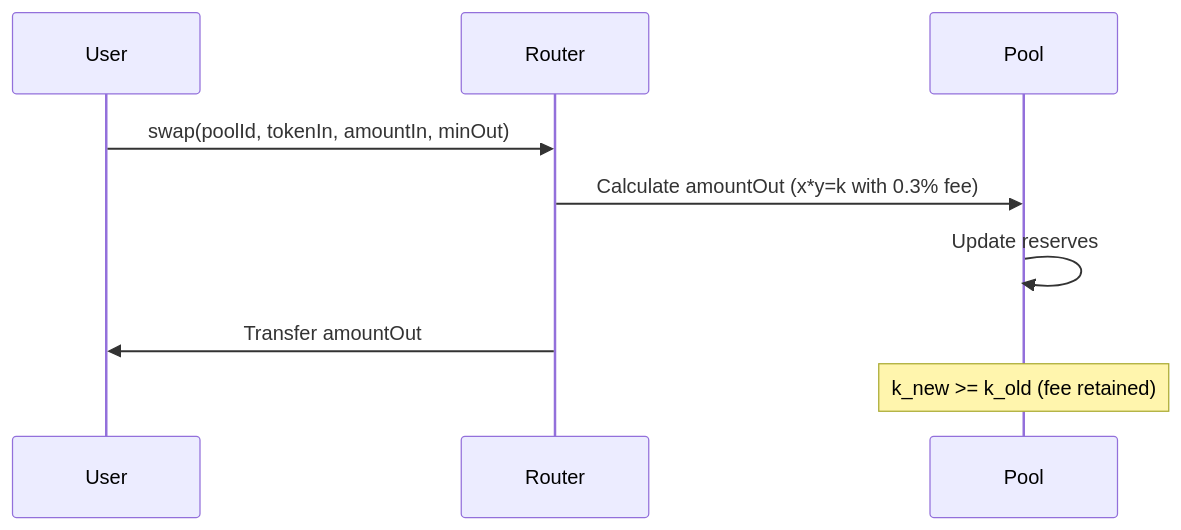
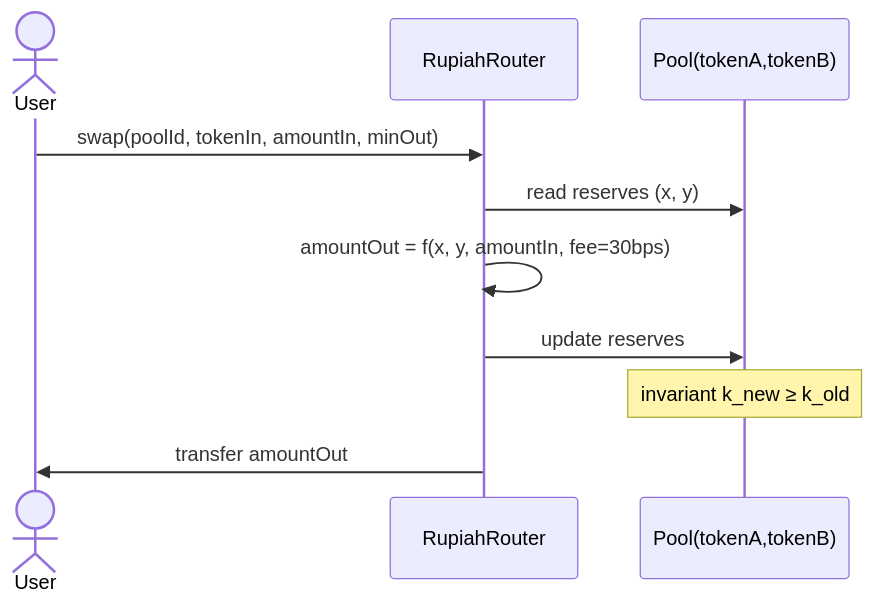
Before and after one commit to EzraNahumury/initia: the second of 9 diagrams in sc_RupiahRote/README.md, drawn with Mermaid. The commit also changed other lines of this file and 4 other files, not shown here.

````diff
--- a/sc_RupiahRote/README.md
+++ b/sc_RupiahRote/README.md
@@ -71,12 +125,13 @@
 ```mermaid
 sequenceDiagram
-    participant User
-    participant Router
-    participant Pool
+    actor User
+    participant R as RupiahRouter
+    participant P as Pool(tokenA,tokenB)
 
-    User->>Router: swap(poolId, tokenIn, amountIn, minOut)
-    Router->>Pool: Calculate amountOut (x*y=k with 0.3% fee)
-    Pool->>Pool: Update reserves
-    Router->>User: Transfer amountOut
-    Note over Pool: k_new >= k_old (fee retained)
+    User->>R: swap(poolId, tokenIn, amountIn, minOut)
+    R->>P: read reserves (x, y)
+    R->>R: amountOut = f(x, y, amountIn, fee=30bps)
+    R->>P: update reserves
+    Note over P: invariant k_new ≥ k_old
+    R->>User: transfer amountOut
 ```
````
